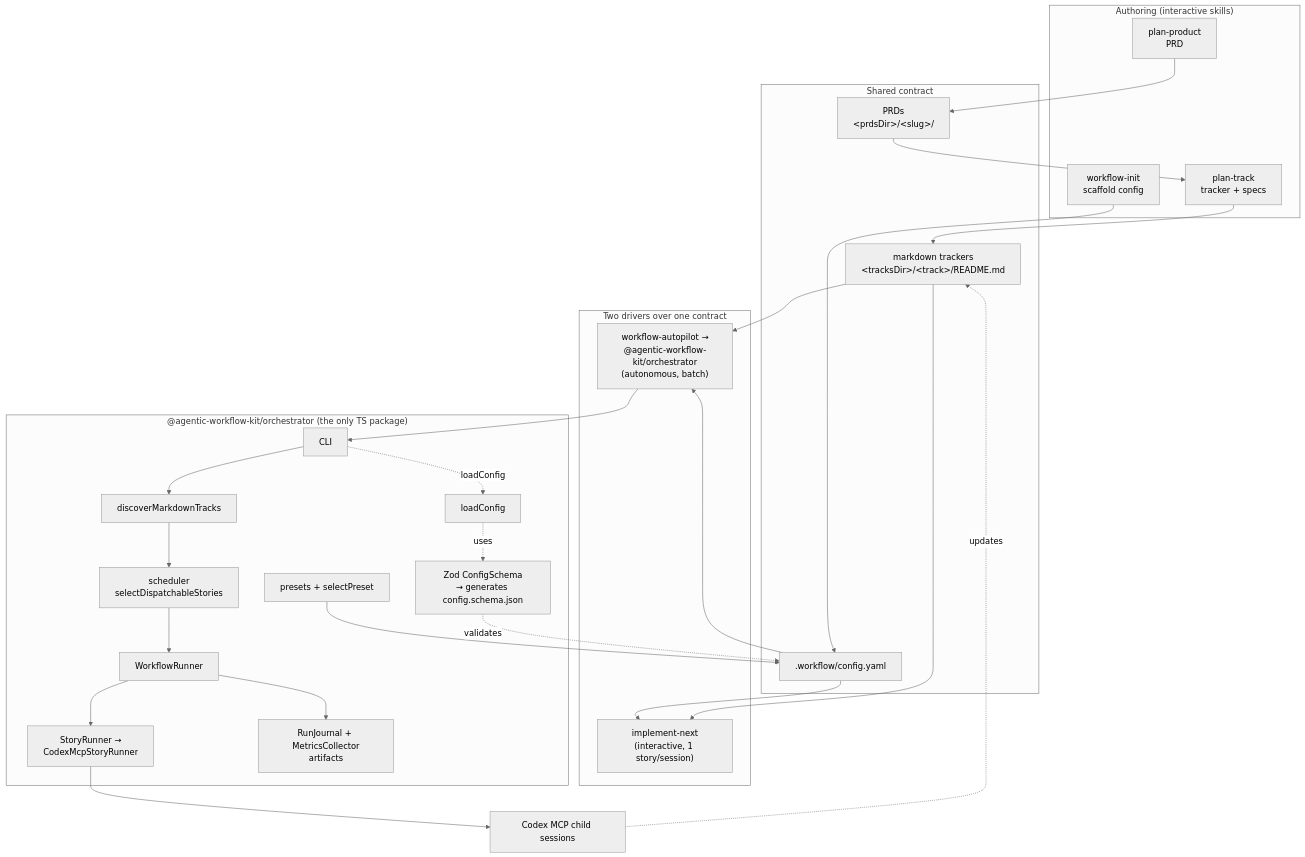
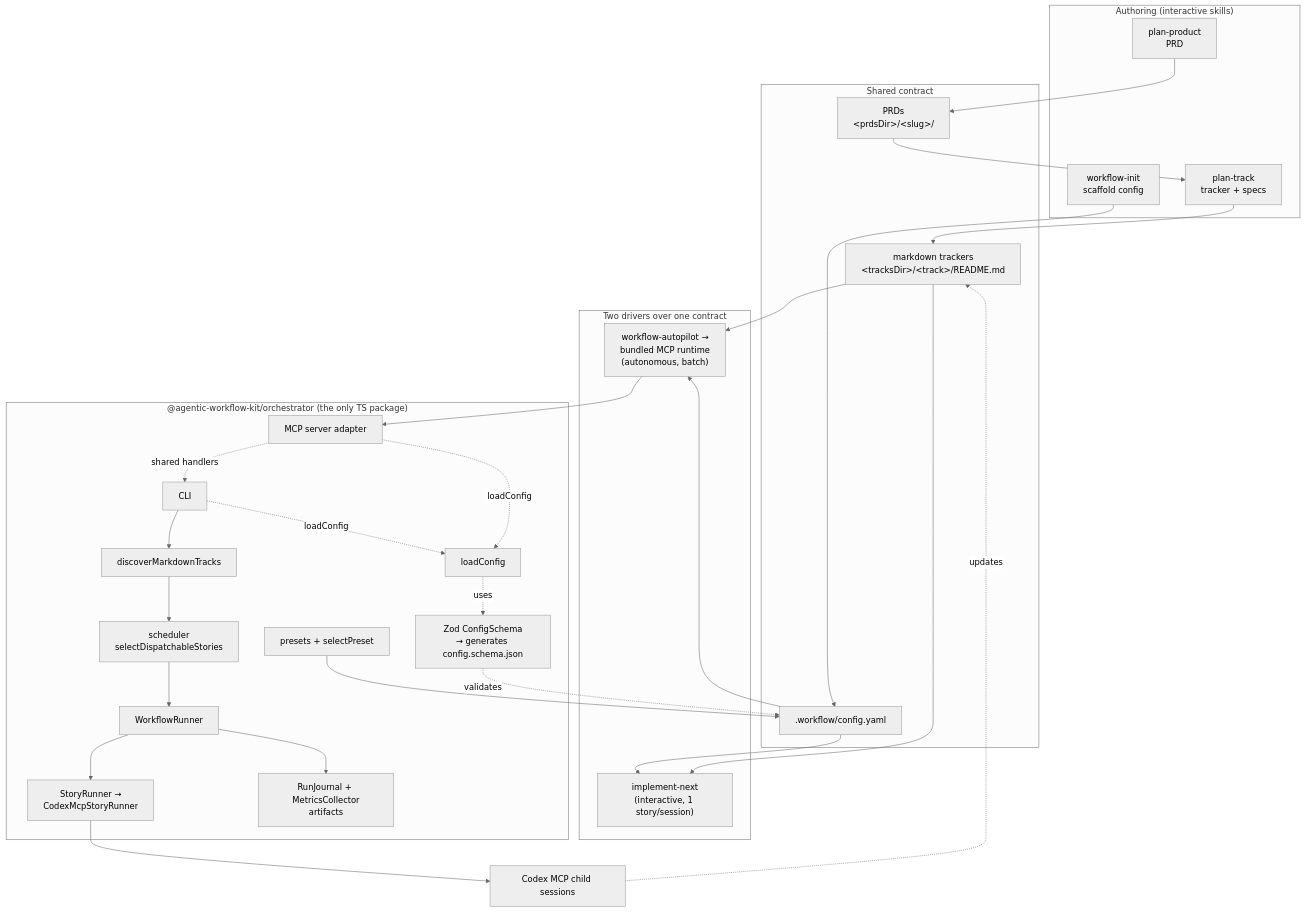
Before and after one commit to aryeko/agentic-workflow-kit: the first of 4 diagrams in docs/architecture.md, drawn with Mermaid (neutral theme). The commit also changed other lines of this file and 40 other files, not shown here.

First line of the commit message:
feat: bundle MCP plugin runtime (#7)

````diff
--- a/docs/architecture.md
+++ b/docs/architecture.md
@@ -31,50 +32,53 @@
 ```mermaid
 flowchart TB
   subgraph Authors["Authoring (interactive skills)"]
     PP["plan-product<br/>PRD"]
     PT["plan-track<br/>tracker + specs"]
     WI["workflow-init<br/>scaffold config"]
   end
 
   subgraph Contract["Shared contract"]
     CFG[".workflow/config.yaml"]
     TRK["markdown trackers<br/>&lt;tracksDir&gt;/&lt;track&gt;/README.md"]
     PRD["PRDs<br/>&lt;prdsDir&gt;/&lt;slug&gt;/"]
   end
 
   subgraph Drivers["Two drivers over one contract"]
     IN["implement-next<br/>(interactive, 1 story/session)"]
-    AP["workflow-autopilot →<br/>@agentic-workflow-kit/orchestrator<br/>(autonomous, batch)"]
+    AP["workflow-autopilot →<br/>bundled MCP runtime<br/>(autonomous, batch)"]
   end
 
   subgraph Orch["@agentic-workflow-kit/orchestrator (the only TS package)"]
     CLI["CLI"]
+    MCP["MCP server adapter"]
     LOADER["loadConfig"]
     SCHEMA["Zod ConfigSchema<br/>→ generates config.schema.json"]
     PRESET["presets + selectPreset"]
     DISC["discoverMarkdownTracks"]
     SCHED["scheduler<br/>selectDispatchableStories"]
     RUN["WorkflowRunner"]
     DRV["StoryRunner →<br/>CodexMcpStoryRunner"]
     ART["RunJournal + MetricsCollector<br/>artifacts"]
   end
 
   CODEX["Codex MCP child sessions"]
 
   PP --> PRD --> PT --> TRK
   WI --> CFG
   PRESET --> CFG
   SCHEMA -. validates .-> CFG
 
   CFG --> IN
   TRK --> IN
   CFG --> AP
   TRK --> AP
 
-  AP --> CLI
+  AP --> MCP
+  MCP -. shared handlers .-> CLI
   CLI -. loadConfig .-> LOADER
+  MCP -. loadConfig .-> LOADER
   LOADER -. uses .-> SCHEMA
   CLI --> DISC --> SCHED --> RUN --> DRV --> CODEX
   RUN --> ART
   CODEX -. updates .-> TRK
 ```
````
